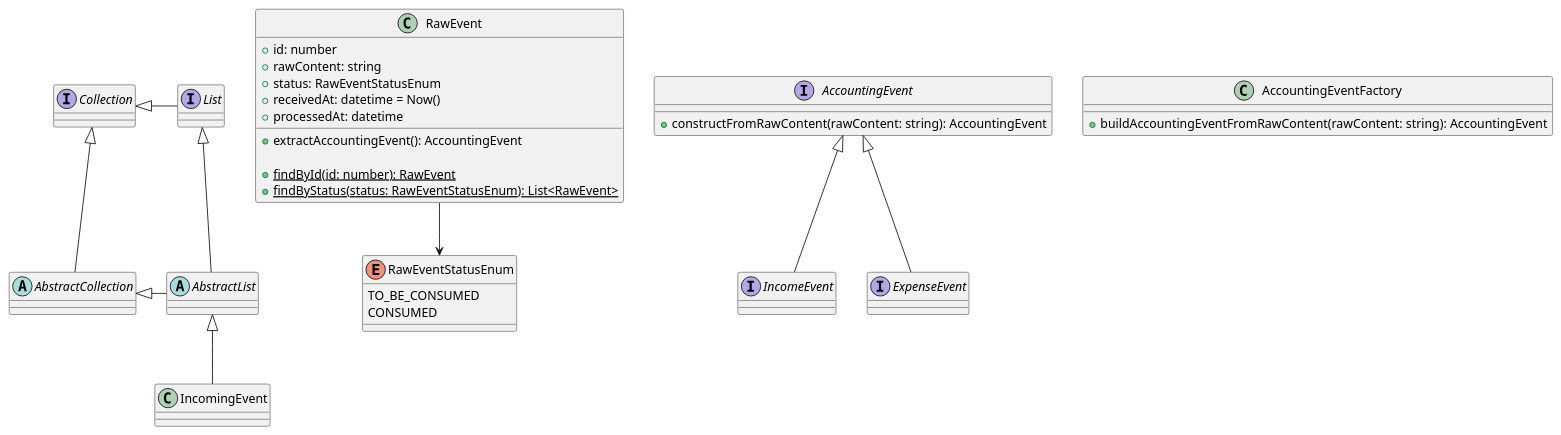
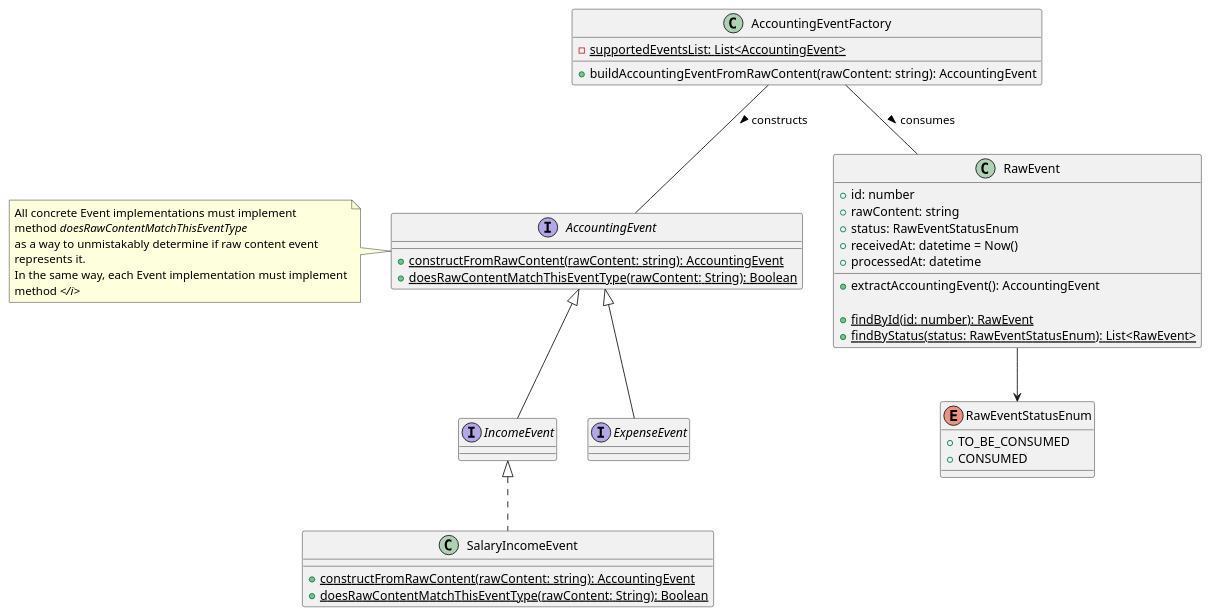
The diagram in documentation/class-diagram.puml (Tzesar/dale), drawn with PlantUML before and after one commit.

Commit message:
Updated class diagram

```diff
--- a/documentation/class-diagram.puml
+++ b/documentation/class-diagram.puml
@@ -1,48 +1,56 @@
 @startuml
 'https://plantuml.com/class-diagram
 
-abstract class AbstractList
-abstract AbstractCollection
-interface List
-interface Collection
-
-List <|-- AbstractList
-Collection <|-- AbstractCollection
-
-Collection <|- List
-AbstractCollection <|- AbstractList
-AbstractList <|-- IncomingEvent
-
-RawEvent --> RawEventStatusEnum
-
 enum RawEventStatusEnum {
-    TO_BE_CONSUMED
-    CONSUMED
+    + TO_BE_CONSUMED
+    + CONSUMED
 }
 
 class RawEvent {
     + id: number
     + rawContent: string
     + status: RawEventStatusEnum
     + {field} receivedAt: datetime = Now()
     + processedAt: datetime
 
     + extractAccountingEvent(): AccountingEvent
 
     + {static} findById(id: number): RawEvent
     + {static} findByStatus(status: RawEventStatusEnum): List<RawEvent>
 }
 
 interface AccountingEvent {
-    + constructFromRawContent(rawContent: string): AccountingEvent
+    + {static} constructFromRawContent(rawContent: string): AccountingEvent
+    + {static} doesRawContentMatchThisEventType(rawContent: String): Boolean
 }
 
 interface IncomeEvent extends AccountingEvent
 
 interface ExpenseEvent extends AccountingEvent
 
+class SalaryIncomeEvent implements IncomeEvent {
+    + {static} constructFromRawContent(rawContent: string): AccountingEvent
+    + {static} doesRawContentMatchThisEventType(rawContent: String): Boolean
+}
+
+note left of AccountingEvent
+    All concrete Event implementations must implement
+    method <i>doesRawContentMatchThisEventType</i>
+    as a way to unmistakably determine if raw content event
+    represents it.
+    In the same way, each Event implementation must implement
+    method <i></i>
+end note
+
 class AccountingEventFactory {
+    - {static} supportedEventsList: List<AccountingEvent>
+
     + buildAccountingEventFromRawContent(rawContent: string): AccountingEvent
 }
 
+RawEvent --> RawEventStatusEnum
+
+AccountingEventFactory -- AccountingEvent : constructs >
+AccountingEventFactory -- RawEvent : consumes >
+
 @enduml
```
